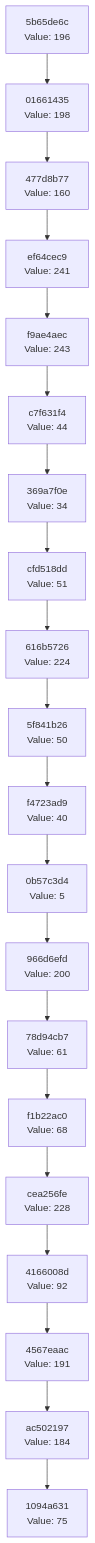
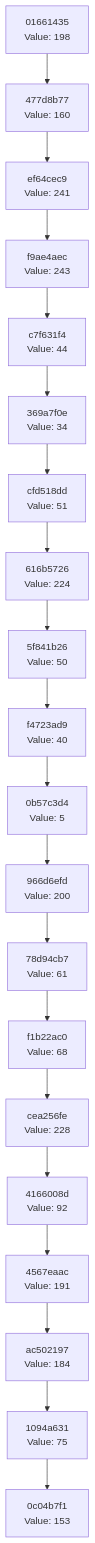
The diagram in docs/CHAIN_VISUALIZATION.md (Abhisheksinha1506/hash-chain-evolver), drawn with Mermaid before and after one commit. The commit also changed 1 other file, not shown here.

Commit message:
Evolution Step

````diff
--- a/docs/CHAIN_VISUALIZATION.md
+++ b/docs/CHAIN_VISUALIZATION.md
@@ -3,42 +3,42 @@
 ```mermaid
 graph TD
-    C0["1094a631<br/>Value: 75"]
-    C1["ac502197<br/>Value: 184"]
+    C0["0c04b7f1<br/>Value: 153"]
+    C1["1094a631<br/>Value: 75"]
     C1 --> C0
-    C2["4567eaac<br/>Value: 191"]
+    C2["ac502197<br/>Value: 184"]
     C2 --> C1
-    C3["4166008d<br/>Value: 92"]
+    C3["4567eaac<br/>Value: 191"]
     C3 --> C2
-    C4["cea256fe<br/>Value: 228"]
+    C4["4166008d<br/>Value: 92"]
     C4 --> C3
-    C5["f1b22ac0<br/>Value: 68"]
+    C5["cea256fe<br/>Value: 228"]
     C5 --> C4
-    C6["78d94cb7<br/>Value: 61"]
+    C6["f1b22ac0<br/>Value: 68"]
     C6 --> C5
-    C7["966d6efd<br/>Value: 200"]
+    C7["78d94cb7<br/>Value: 61"]
     C7 --> C6
-    C8["0b57c3d4<br/>Value: 5"]
+    C8["966d6efd<br/>Value: 200"]
     C8 --> C7
-    C9["f4723ad9<br/>Value: 40"]
+    C9["0b57c3d4<br/>Value: 5"]
     C9 --> C8
-    C10["5f841b26<br/>Value: 50"]
+    C10["f4723ad9<br/>Value: 40"]
     C10 --> C9
-    C11["616b5726<br/>Value: 224"]
+    C11["5f841b26<br/>Value: 50"]
     C11 --> C10
-    C12["cfd518dd<br/>Value: 51"]
+    C12["616b5726<br/>Value: 224"]
     C12 --> C11
-    C13["369a7f0e<br/>Value: 34"]
+    C13["cfd518dd<br/>Value: 51"]
     C13 --> C12
-    C14["c7f631f4<br/>Value: 44"]
+    C14["369a7f0e<br/>Value: 34"]
     C14 --> C13
-    C15["f9ae4aec<br/>Value: 243"]
+    C15["c7f631f4<br/>Value: 44"]
     C15 --> C14
-    C16["ef64cec9<br/>Value: 241"]
+    C16["f9ae4aec<br/>Value: 243"]
     C16 --> C15
-    C17["477d8b77<br/>Value: 160"]
+    C17["ef64cec9<br/>Value: 241"]
     C17 --> C16
-    C18["01661435<br/>Value: 198"]
+    C18["477d8b77<br/>Value: 160"]
     C18 --> C17
-    C19["5b65de6c<br/>Value: 196"]
+    C19["01661435<br/>Value: 198"]
     C19 --> C18
 ```
````
